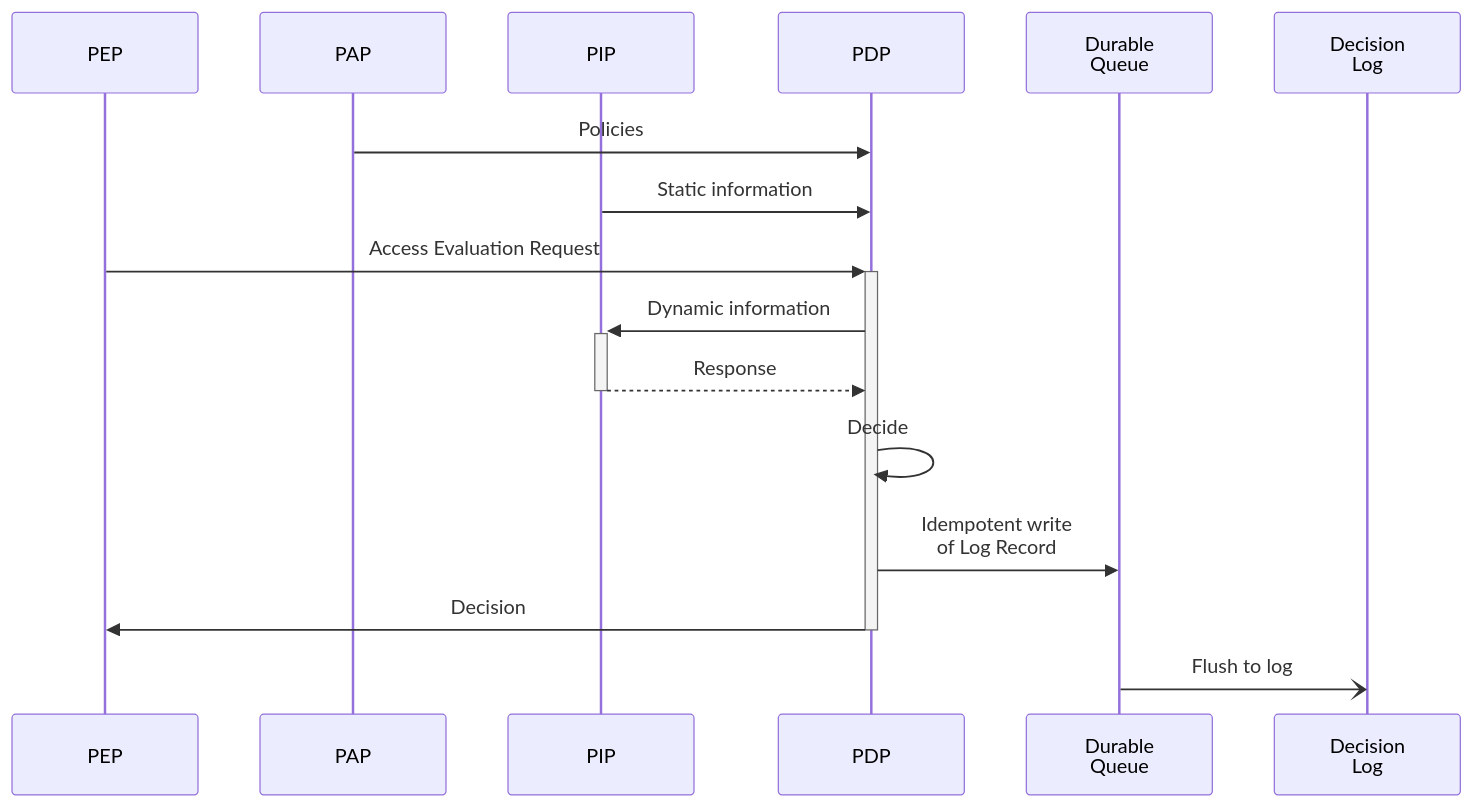
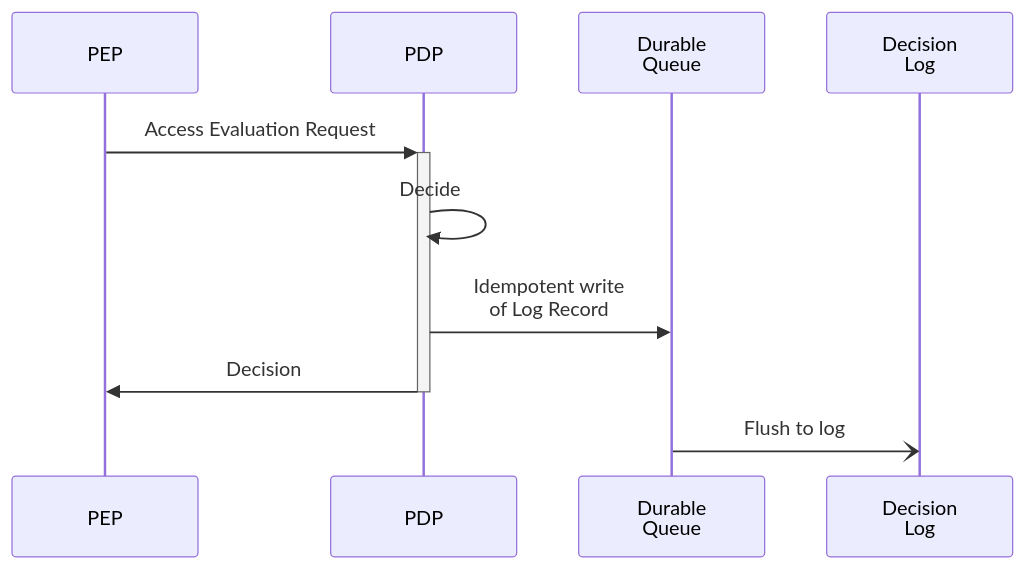
The diagram in media/writing-log-record.mermaid (Logius-standaarden/authorization-decision-log), drawn with Mermaid before and after one commit. The commit also changed 5 other files, not shown here.

```diff
--- a/media/writing-log-record.mermaid
+++ b/media/writing-log-record.mermaid
@@ -1,16 +1,10 @@
 sequenceDiagram
     participant PEP
-    participant PAP
-    participant PIP
     participant PDP
     participant Queue as Durable<br/>Queue
     participant ADL as Decision<br/>Log
-    PAP->>PDP: Policies
-    PIP->>PDP: Static information
     PEP->>+PDP: Access Evaluation Request
-    PDP->>+PIP: Dynamic information
-    PIP-->>-PDP: Response
     PDP->>PDP: Decide
     PDP->>Queue: Idempotent write<br/>of Log Record
     PDP->>-PEP: Decision
     Queue-)ADL: Flush to log
```
